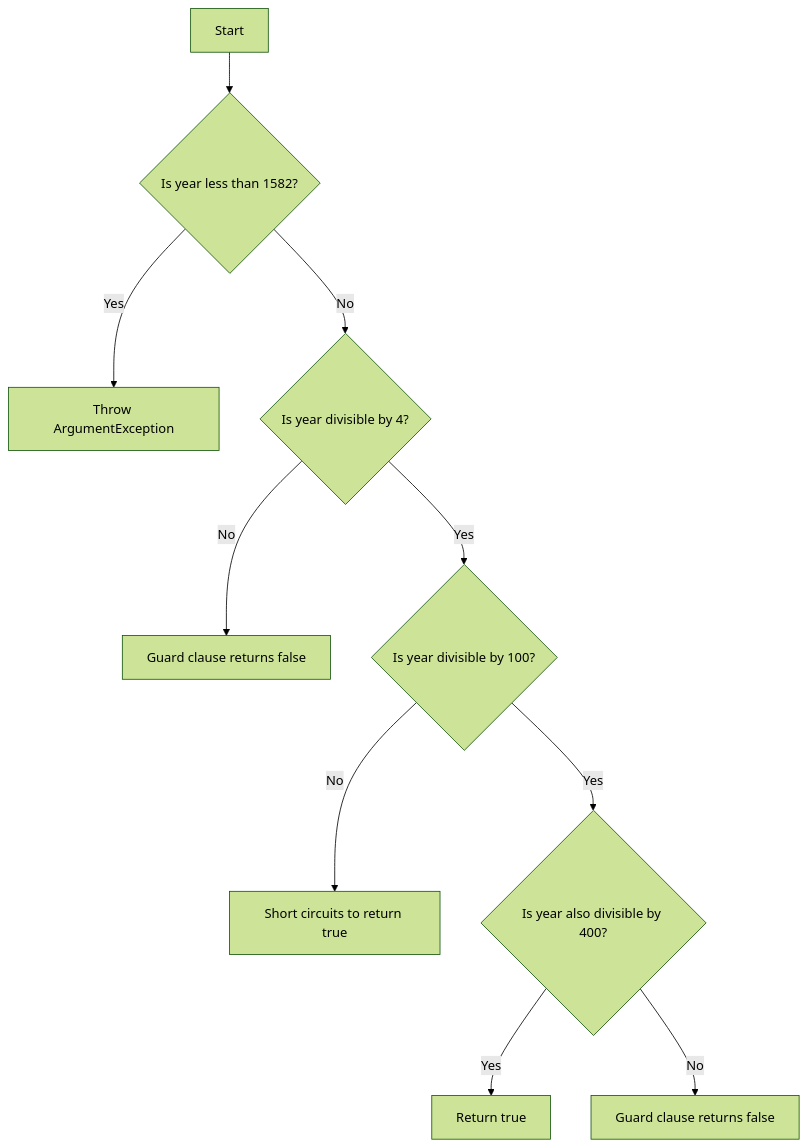
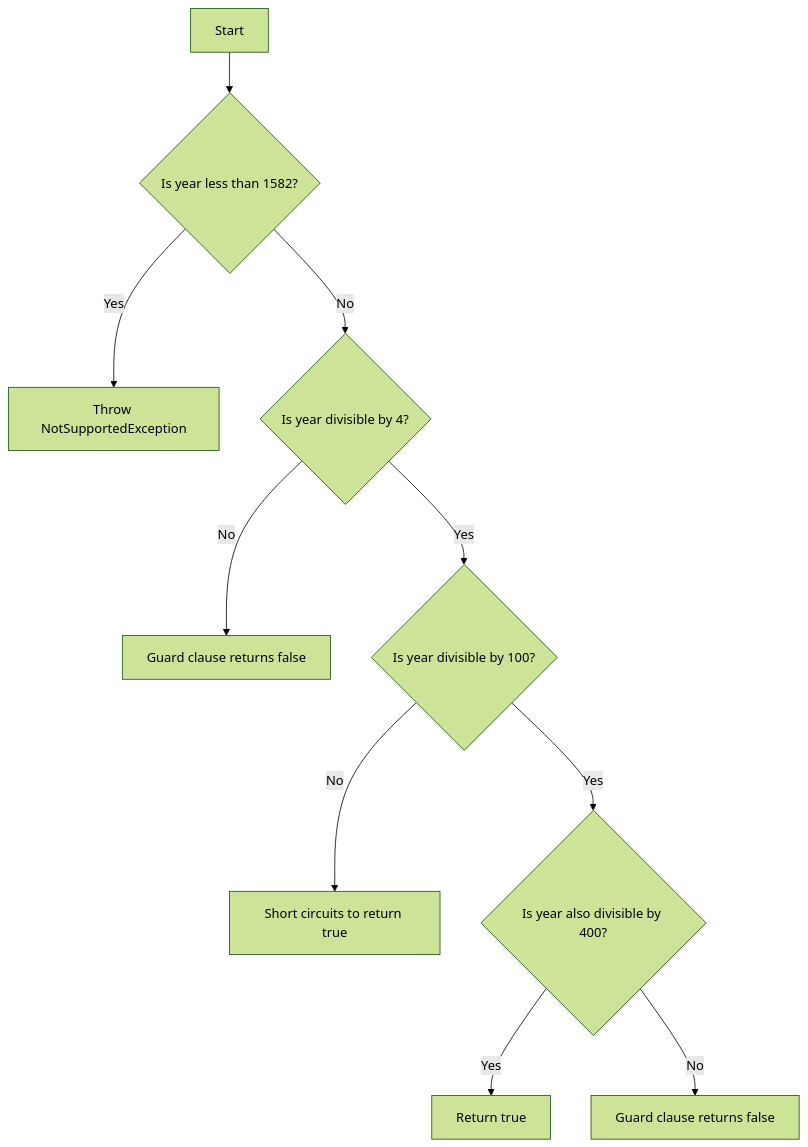
The diagram in doc/IsLeapYear.md (atro-itu/assignment-00), drawn with Mermaid (forest theme) before and after one commit.

````diff
--- a/doc/IsLeapYear.md
+++ b/doc/IsLeapYear.md
@@ -1,12 +1,12 @@
 ```mermaid
 flowchart TD
     A[Start] --> B{Is year less than 1582?}
-    B -- Yes --> C[Throw ArgumentException]
+    B -- Yes --> C[Throw NotSupportedException]
     B -- No --> D{Is year divisible by 4?}
 		D -- No --> E[Guard clause returns false]
 		D -- Yes --> F{Is year divisible by 100?}
 		F -- No --> I[Short circuits to return true]
 		F -- Yes --> H{Is year also divisible by 400?}
 		H -- Yes --> J[Return true]
 		H -- No --> K[Guard clause returns false]
 ```
````
